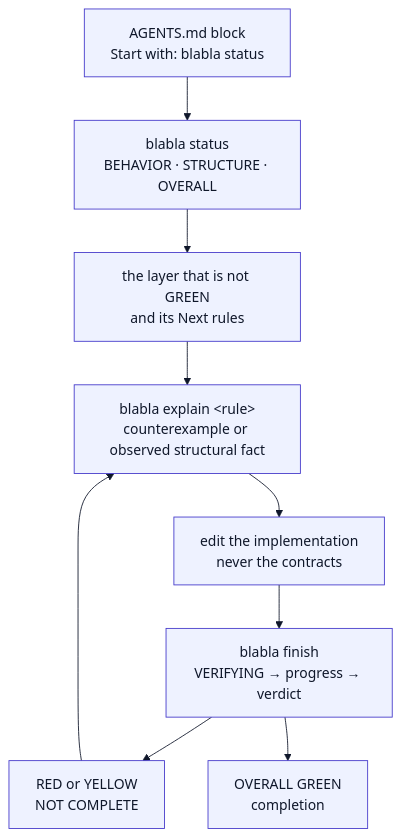
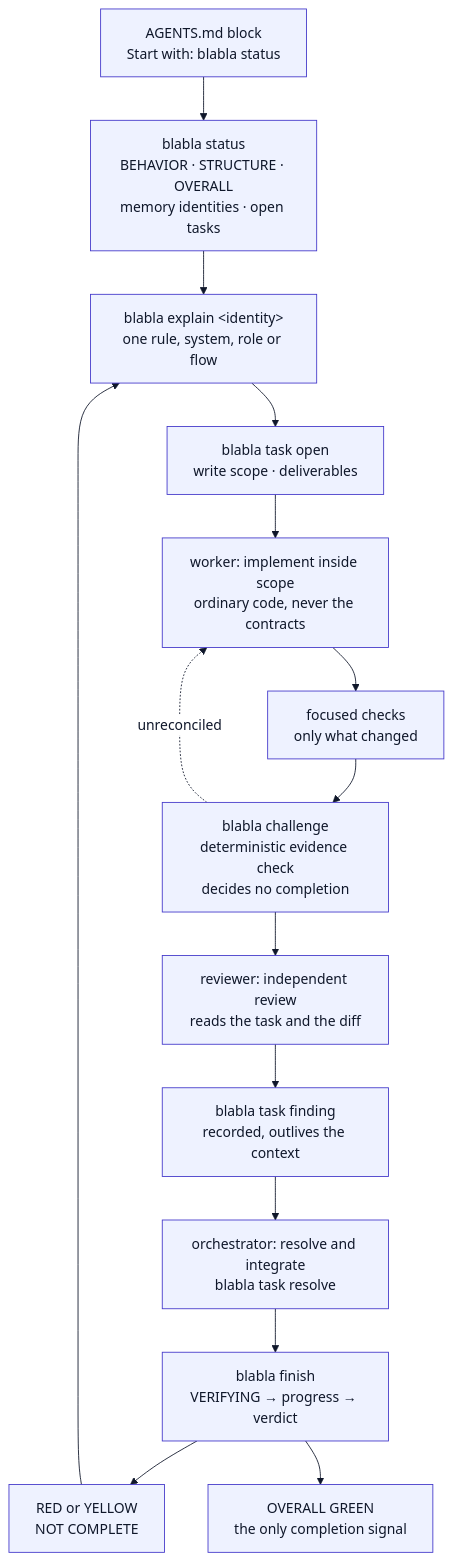
The diagram in docs/diagrams/agent-workflow.mmd (Kiborgik/blabla), drawn with Mermaid before and after one commit. The commit also changed 76 other files, not shown here.

First line of the commit message:
Add self-hosted project memory and the development loop

```diff
--- a/docs/diagrams/agent-workflow.mmd
+++ b/docs/diagrams/agent-workflow.mmd
@@ -1,15 +1,22 @@
 %%{init: {"theme":"base","themeVariables":{"primaryColor":"#eef2ff","primaryTextColor":"#0f172a","primaryBorderColor":"#4338ca","lineColor":"#0f172a","secondaryColor":"#f1f5f9","tertiaryColor":"#f8fafc","clusterBkg":"#f8fafc","clusterBorder":"#64748b","edgeLabelBackground":"#ffffff"},"themeCSS":".edgePath path.path, path.flowchart-link { stroke-width: 3px; } marker path { fill: #0f172a; stroke: #0f172a; } .node rect, .node polygon, .node circle { stroke-width: 2px; }"}}%%
 flowchart TD
     accTitle: BlaBla agent workflow
-    accDescr: An agent starts from the AGENTS.md block, runs blabla status, sees which layer and which rules need attention, runs blabla explain on one rule, edits the implementation, and runs blabla finish. RED or YELLOW leads back to editing; OVERALL GREEN is the only completion signal.
+    accDescr: An agent starts from the AGENTS.md block and runs blabla status, then blabla explain to recover only the relevant memory and rules. Where a project uses the development loop, the orchestrator opens a bounded task recording write scope and deliverables; a worker implements inside that scope and runs the focused checks that cover the change. blabla challenge then checks the recorded account against deterministic evidence, which is separate from the independent reviewer role that reads the diff and records findings. The orchestrator resolves findings and integrates. Only blabla finish decides project completion, and a challenge does not change its verdict or its exit code.
     agents["AGENTS.md block<br/>Start with: blabla status"]
-    status["blabla status<br/>BEHAVIOR · STRUCTURE · OVERALL"]
-    layer["the layer that is not GREEN<br/>and its Next rules"]
-    explain["blabla explain &lt;rule&gt;<br/>counterexample or observed structural fact"]
-    edit["edit the implementation<br/>never the contracts"]
+    status["blabla status<br/>BEHAVIOR · STRUCTURE · OVERALL<br/>memory identities · open tasks"]
+    explain["blabla explain &lt;identity&gt;<br/>one rule, system, role or flow"]
+    task["blabla task open<br/>write scope · deliverables"]
+    implement["worker: implement inside scope<br/>ordinary code, never the contracts"]
+    focused["focused checks<br/>only what changed"]
+    challenge["blabla challenge<br/>deterministic evidence check<br/>decides no completion"]
+    review["reviewer: independent review<br/>reads the task and the diff"]
+    findings["blabla task finding<br/>recorded, outlives the context"]
+    integrate["orchestrator: resolve and integrate<br/>blabla task resolve"]
     finish["blabla finish<br/>VERIFYING → progress → verdict"]
     red["RED or YELLOW<br/>NOT COMPLETE"]
-    green["OVERALL GREEN<br/>completion"]
-    agents --> status --> layer --> explain --> edit --> finish
+    green["OVERALL GREEN<br/>the only completion signal"]
+    agents --> status --> explain --> task --> implement --> focused --> challenge
+    challenge -.unreconciled.-> implement
+    challenge --> review --> findings --> integrate --> finish
     finish --> red --> explain
     finish --> green
```
